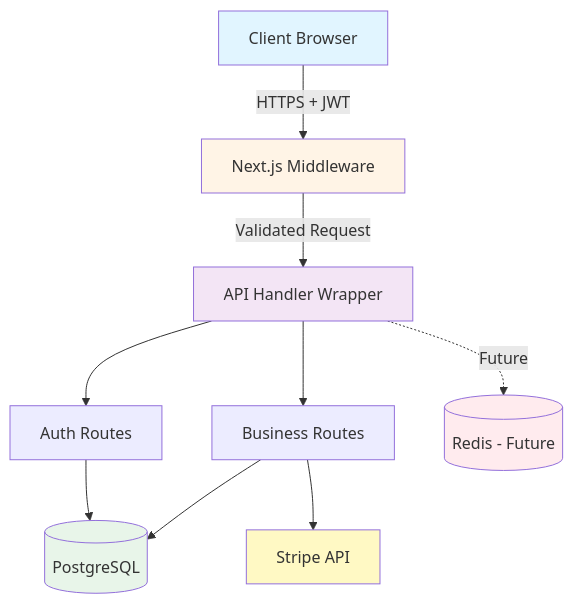
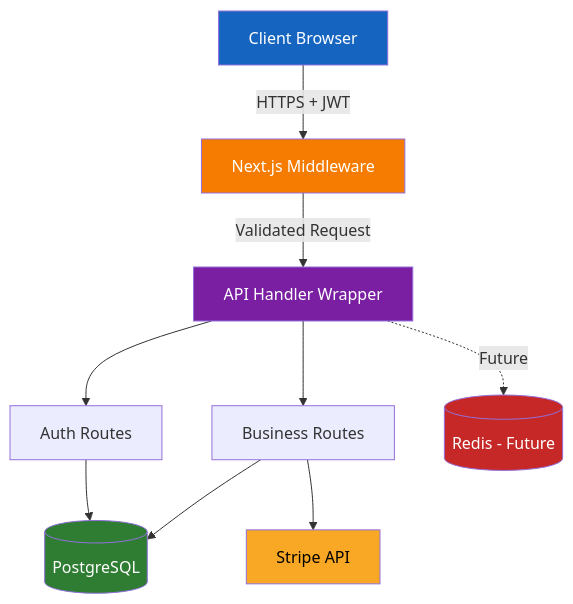
Before and after one commit to v1becheck/Next.js-SaaS-Starter: the first of 3 diagrams in ARCHITECTURE.md, drawn with Mermaid. The commit also changed other lines of this file, not shown here.

````diff
--- a/ARCHITECTURE.md
+++ b/ARCHITECTURE.md
@@ -688,27 +688,27 @@
 ```mermaid
 graph TB
     Client[Client Browser]
     Middleware[Next.js Middleware]
     APIHandler[API Handler Wrapper]
     AuthRoutes[Auth Routes]
     BusinessRoutes[Business Routes]
     Database[(PostgreSQL)]
     Stripe[Stripe API]
     Redis[(Redis - Future)]
     
     Client -->|HTTPS + JWT| Middleware
     Middleware -->|Validated Request| APIHandler
     APIHandler --> AuthRoutes
     APIHandler --> BusinessRoutes
     AuthRoutes --> Database
     BusinessRoutes --> Database
     BusinessRoutes --> Stripe
     APIHandler -.->|Future| Redis
     
-    style Client fill:#e1f5ff
-    style Middleware fill:#fff4e6
-    style APIHandler fill:#f3e5f5
-    style Database fill:#e8f5e9
-    style Stripe fill:#fff9c4
-    style Redis fill:#ffebee
+    style Client fill:#1565c0,color:#fff
+    style Middleware fill:#f57c00,color:#fff
+    style APIHandler fill:#7b1fa2,color:#fff
+    style Database fill:#2e7d32,color:#fff
+    style Stripe fill:#f9a825,color:#000
+    style Redis fill:#c62828,color:#fff
 ```
````
